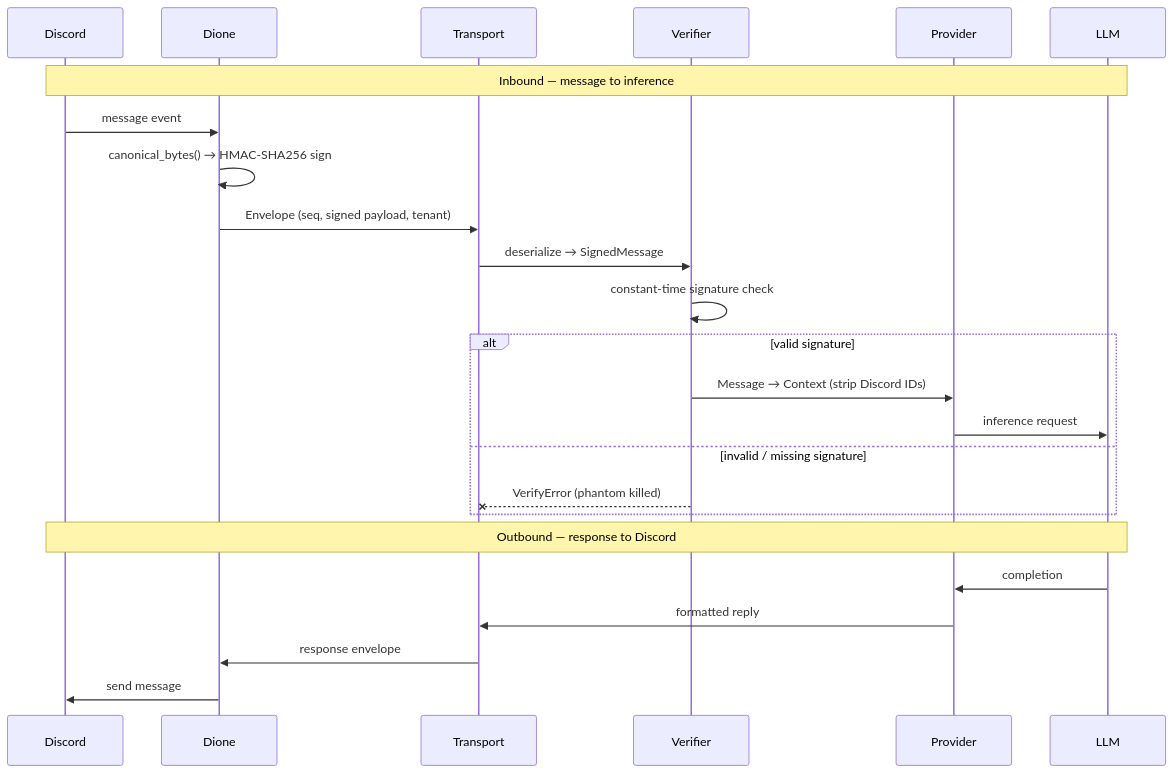
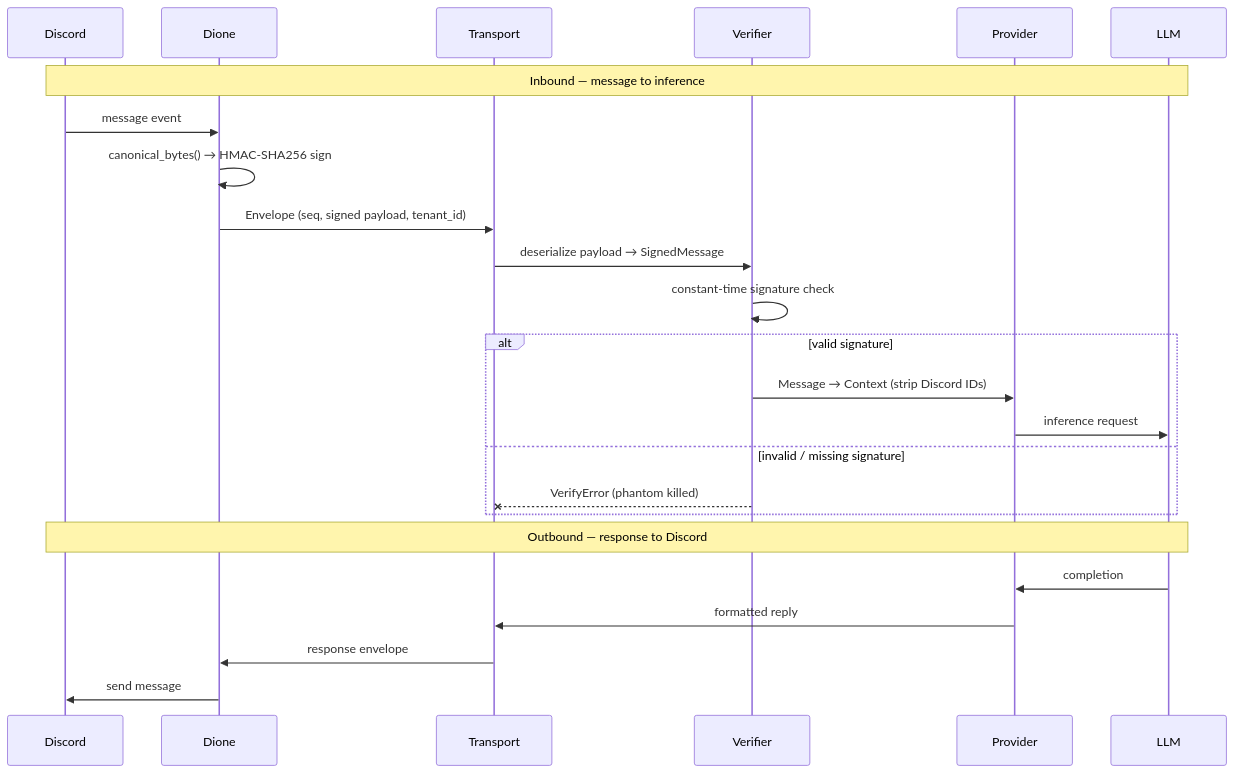
Before and after one commit to butterflyskies/helene: the third of 4 diagrams in docs/design/architecture.md, drawn with Mermaid. The commit also changed other lines of this file and 6 other files, not shown here.

First line of the commit message:
docs: update architecture doc and add ADR log (#10)

````diff
--- a/docs/design/architecture.md
+++ b/docs/design/architecture.md
@@ -65,30 +65,30 @@
 ```mermaid
 sequenceDiagram
     participant Discord
     participant Dione
     participant Transport
     participant Verifier
     participant Provider
     participant LLM
 
     Note over Discord,LLM: Inbound — message to inference
 
     Discord->>Dione: message event
     Dione->>Dione: canonical_bytes() → HMAC-SHA256 sign
-    Dione->>Transport: Envelope (seq, signed payload, tenant)
-    Transport->>Verifier: deserialize → SignedMessage
+    Dione->>Transport: Envelope (seq, signed payload, tenant_id)
+    Transport->>Verifier: deserialize payload → SignedMessage
     Verifier->>Verifier: constant-time signature check
     alt valid signature
         Verifier->>Provider: Message → Context (strip Discord IDs)
         Provider->>LLM: inference request
     else invalid / missing signature
         Verifier--xTransport: VerifyError (phantom killed)
     end
 
     Note over Discord,LLM: Outbound — response to Discord
 
     LLM->>Provider: completion
     Provider->>Transport: formatted reply
     Transport->>Dione: response envelope
     Dione->>Discord: send message
 ```
````
